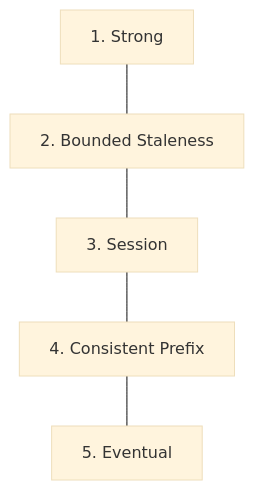
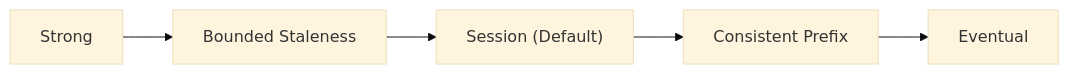
Before and after one commit to senlinyy/dev-roadmaps: the second of 2 diagrams in cloud-providers/azure/storage-databases/cosmos-db.md, drawn with Mermaid (base theme). The commit also changed other lines of this file and 343 other files, not shown here.

````diff
--- a/cloud-providers/azure/storage-databases/cosmos-db.md
+++ b/cloud-providers/azure/storage-databases/cosmos-db.md
@@ -113,7 +209,7 @@
 ```mermaid
-flowchart TD
-    Strong["1. Strong"] --- Bounded["2. Bounded Staleness"]
-    Bounded --- Session["3. Session"]
-    Session --- Prefix["4. Consistent Prefix"]
-    Prefix --- Eventual["5. Eventual"]
+flowchart LR
+    Strong["Strong"] --> Bounded["Bounded Staleness"]
+    Bounded --> Session["Session (Default)"]
+    Session --> Prefix["Consistent Prefix"]
+    Prefix --> Eventual["Eventual"]
 ```
````
